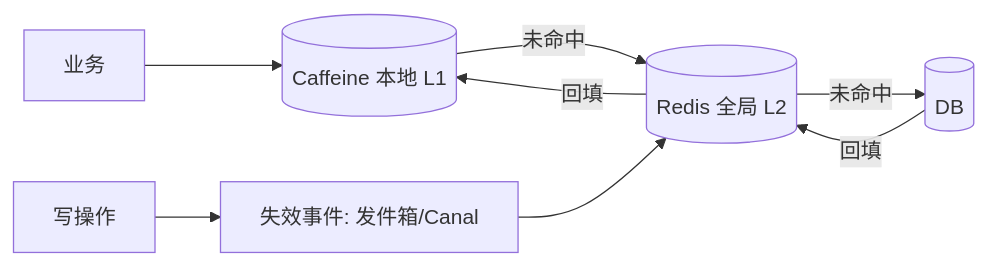
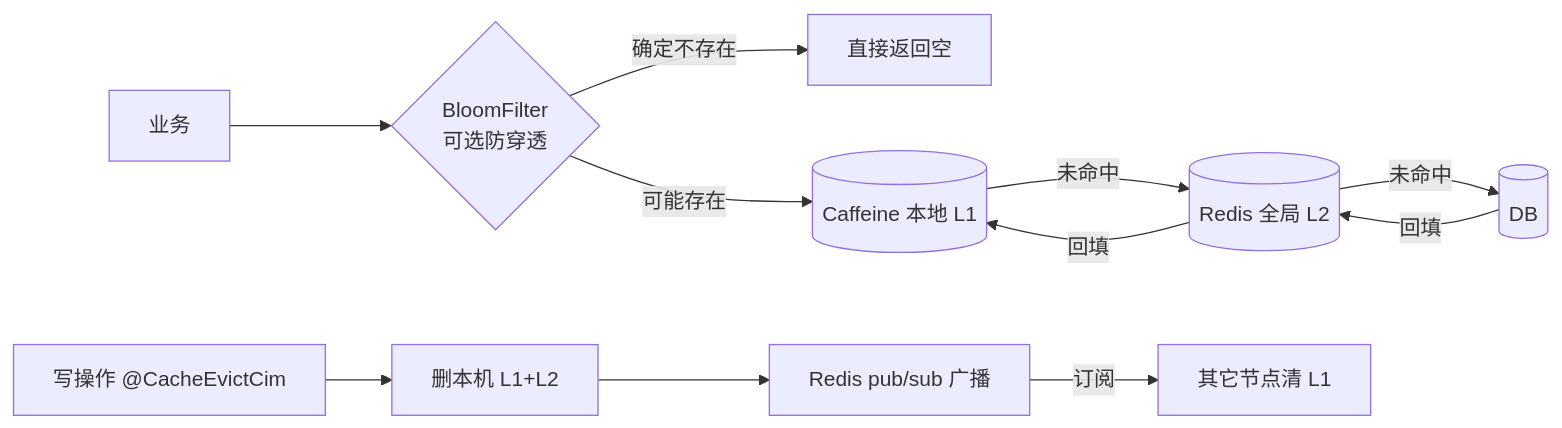
Diagram 11 of 22 in docs/platform/server/README.md (steven1213/cim-ap), drawn with Mermaid before and after one commit. The commit also changed other lines of this file and 90 other files, not shown here.

````diff
--- a/docs/platform/server/README.md
+++ b/docs/platform/server/README.md
@@ -1247,9 +1263,12 @@
 ```mermaid
 flowchart LR
-  APP[业务] --> LC[(Caffeine 本地 L1)]
+  APP[业务] --> BF{BloomFilter<br/>可选防穿透}
+  BF -->|确定不存在| NULL[直接返回空]
+  BF -->|可能存在| LC[(Caffeine 本地 L1)]
   LC -->|未命中| RC[(Redis 全局 L2)]
   RC -->|未命中| DB[(DB)]
   DB -->|回填| RC -->|回填| LC
-  W[写操作] --> EV[失效事件: 发件箱/Canal]
-  EV --> RC
+  W[写操作 @CacheEvictCim] --> EV[删本机 L1+L2]
+  EV --> PUB[Redis pub/sub 广播]
+  PUB -->|订阅| PEER[其它节点清 L1]
 ```
````
